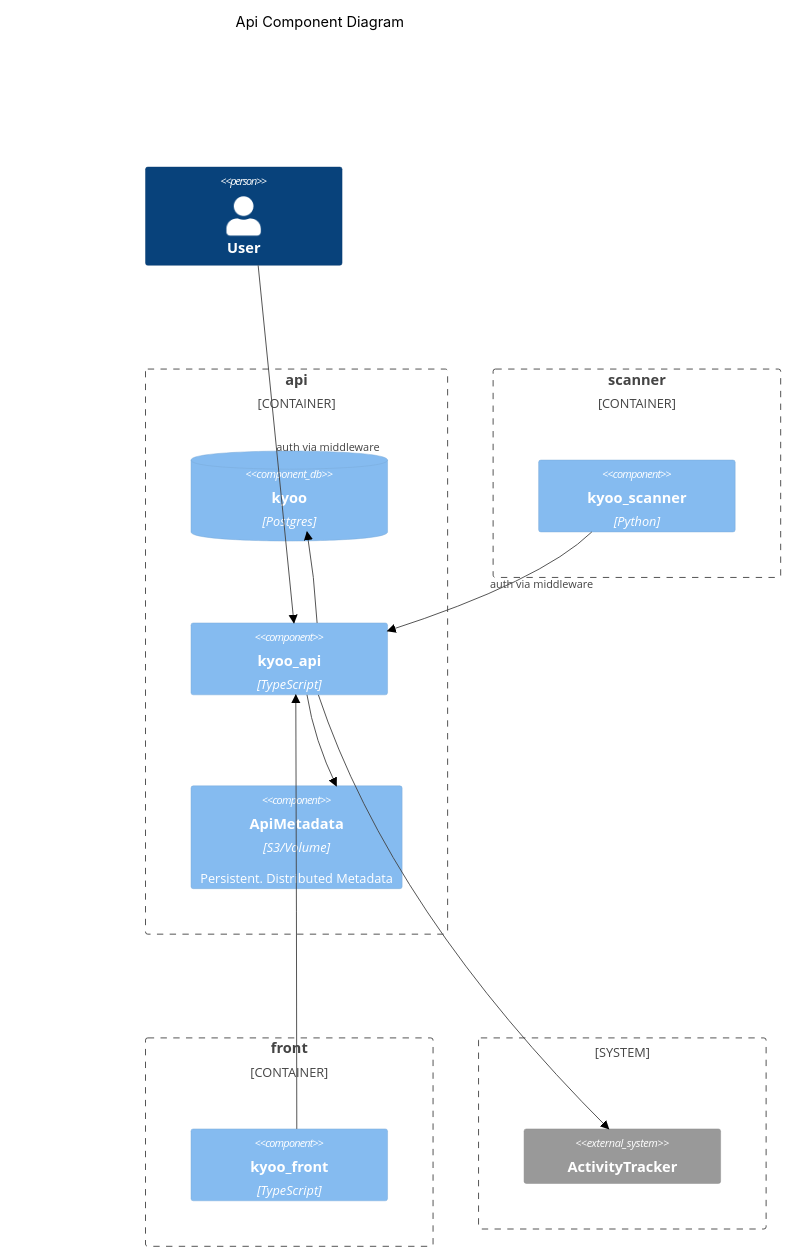
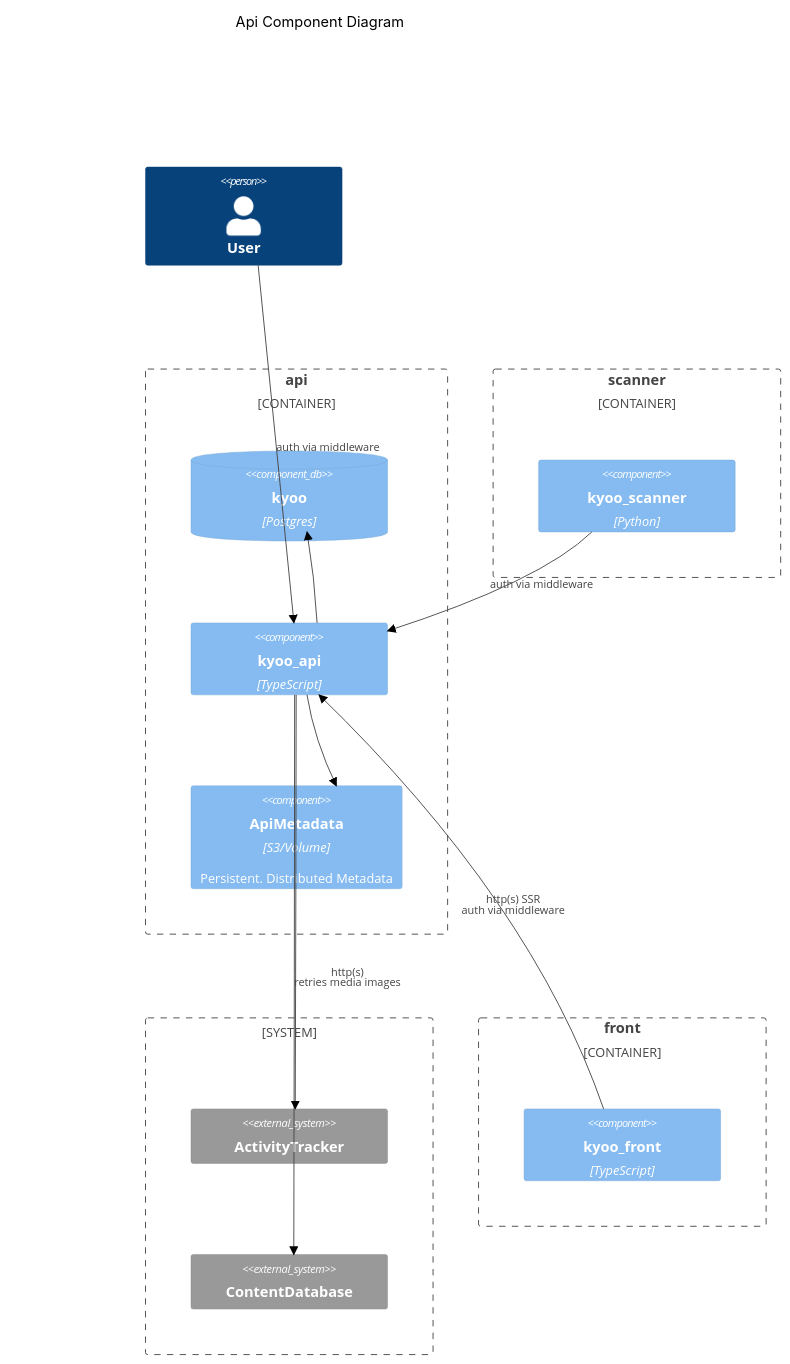
One commit to zoriya/Kyoo changed the fifth of 8 diagrams in DIAGRAMS.md. Above: the diagram before and after it, drawn with Mermaid (forest theme). The commit also changed other lines of this file, not shown here.

Commit message:
update SSR notes + api downloads media images

````diff
--- a/DIAGRAMS.md
+++ b/DIAGRAMS.md
@@ -139,30 +140,33 @@
 ```mermaid
 C4Component
   UpdateLayoutConfig($c4ShapeInRow="2", $c4BoundaryInRow="2")
   
   title Api Component Diagram
 
   Person(user, "User")
   Container_Boundary(api, "api") {
     ComponentDb(api_db1, "kyoo", "Postgres", "")
     Component(api_c1, "kyoo_api", "TypeScript", "")
     Component(api_c2, "ApiMetadata", "S3/Volume", "Persistent. Distributed Metadata")
   }
   Container_Boundary(scanner, "scanner") {
     Component(scanner_c1, "kyoo_scanner", "Python", "")
   }
-  Container_Boundary(front, "front") {
-    Component(front_c1, "kyoo_front", "TypeScript", "")
-  }
 
   System_Boundary(external, "") {
     System_Ext(tracker, "ActivityTracker", "")
+    System_Ext(content, "ContentDatabase", "")
+  }
+
+  Container_Boundary(front, "front") {
+    Component(front_c1, "kyoo_front", "TypeScript", "")
   }
 
   Rel(user, api_c1, "auth via middleware")
   Rel(api_c1, api_db1, "")
   Rel(api_c1, api_c2, "")
+  Rel(api_c1, content, "http(s) <br/> retries media images")
   Rel(api_c1, tracker, "")
   Rel(scanner_c1, api_c1, "auth via middleware")
-  Rel(front_c1, api_c1, "")
+  Rel(front_c1, api_c1, "http(s) SSR <br/> auth via middleware")
 ```
````
